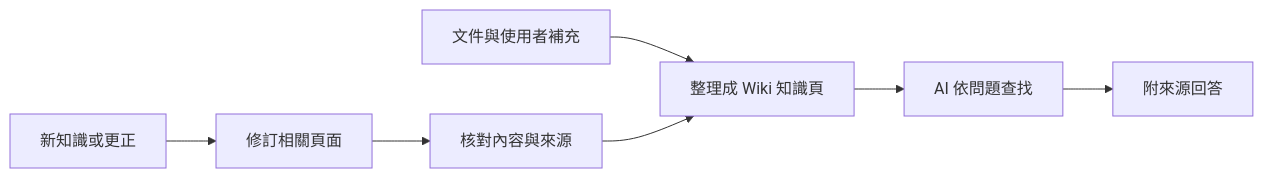
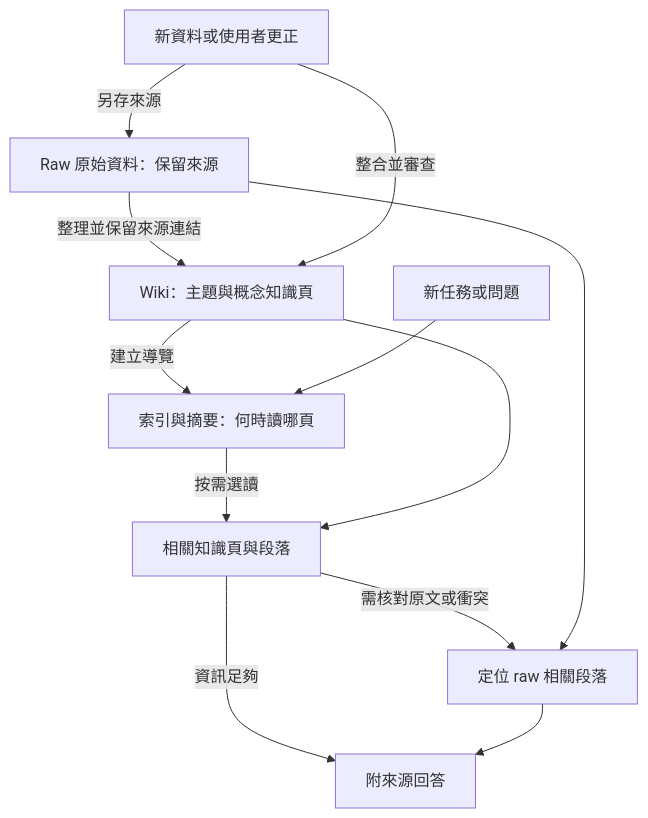
Before and after one commit to minxinchen/wiki-change-impact: the first of 2 diagrams in README.md, drawn with Mermaid. The commit also changed other lines of this file and 1 other file, not shown here.

Commit message:
Explain raw preservation and on-demand wiki loading with implementation limits

````diff
--- a/README.md
+++ b/README.md
@@ -28,9 +36,14 @@
 ```mermaid
-flowchart LR
-    A[文件與使用者補充] --> B[整理成 Wiki 知識頁]
-    B --> C[AI 依問題查找]
-    C --> D[附來源回答]
-    E[新知識或更正] --> F[修訂相關頁面]
-    F --> G[核對內容與來源]
-    G --> B
+flowchart TD
+    R[Raw 原始資料：保留來源] -->|整理並保留來源連結| W[Wiki：主題與概念知識頁]
+    W -->|建立導覽| I[索引與摘要：何時讀哪頁]
+    Q[新任務或問題] --> I
+    I -->|按需選讀| P[相關知識頁與段落]
+    W --> P
+    P -->|資訊足夠| A[附來源回答]
+    P -->|需核對原文或衝突| S[定位 raw 相關段落]
+    R --> S
+    S --> A
+    N[新資料或使用者更正] -->|另存來源| R
+    N -->|整合並審查| W
 ```
````
